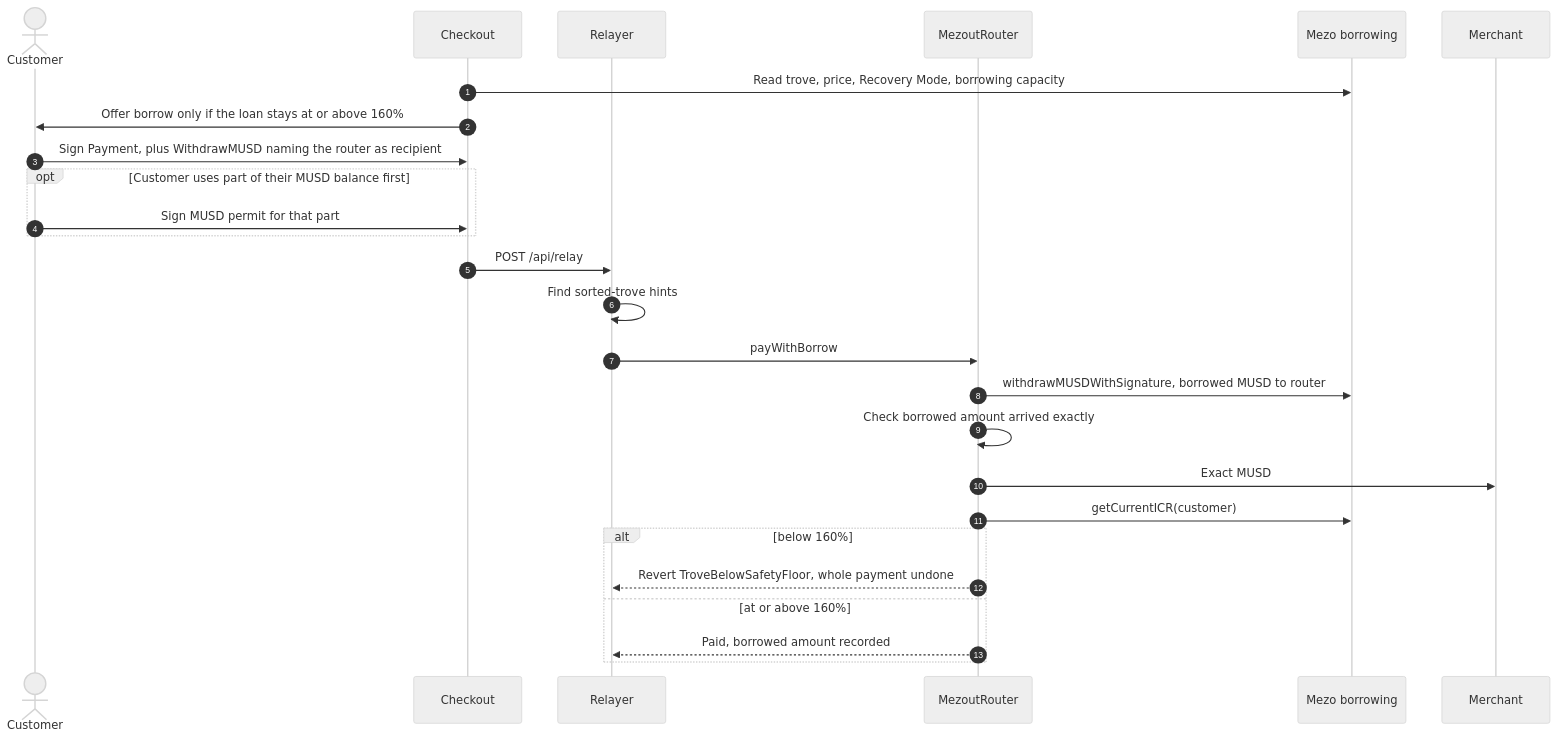
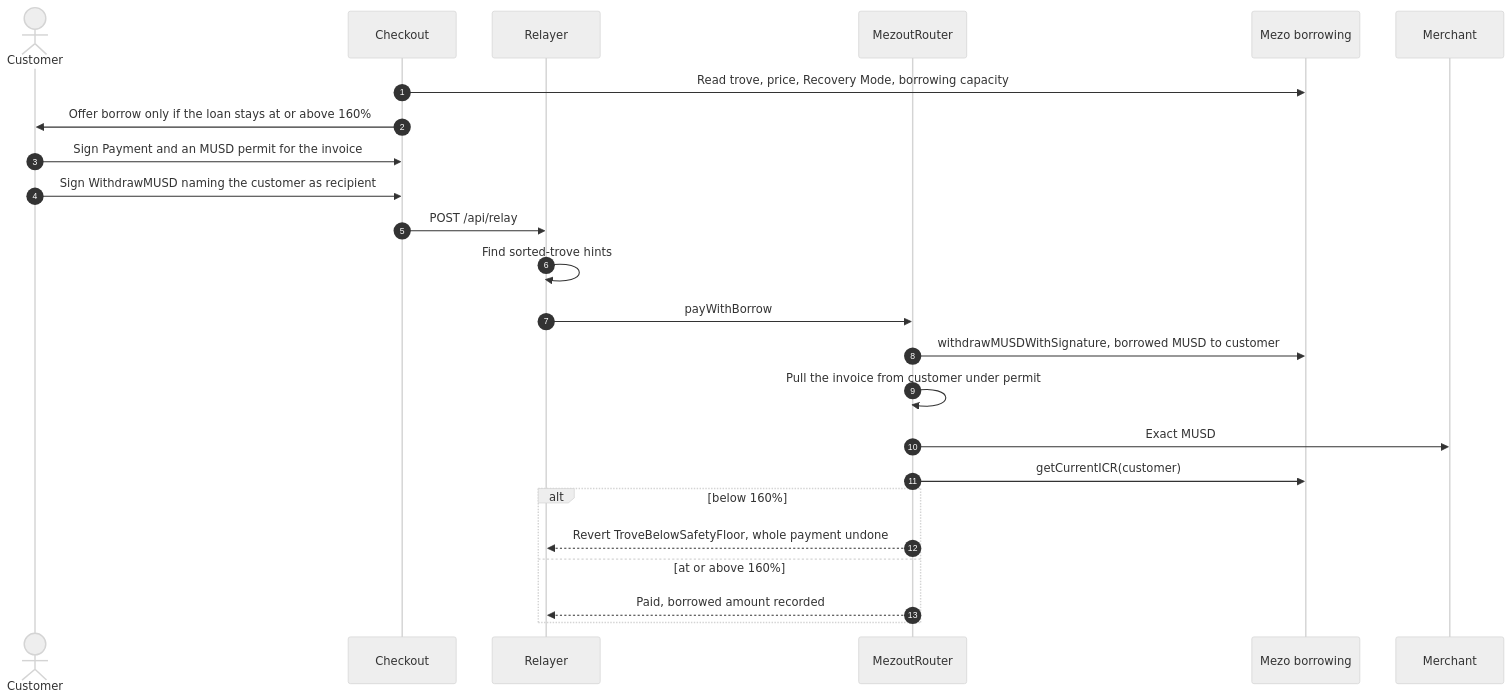
One commit to Evangel90/Mezout changed the fifth of 8 diagrams in README.md. Above: the diagram before and after it, drawn with Mermaid (neutral theme). The commit also changed 7 other files, not shown here.

````diff
--- a/README.md
+++ b/README.md
@@ -261,29 +261,27 @@
 ```mermaid
 sequenceDiagram
     autonumber
     actor C as Customer
     participant K as Checkout
     participant R as Relayer
     participant M as MezoutRouter
     participant B as Mezo borrowing
     participant W as Merchant
 
     K->>B: Read trove, price, Recovery Mode, borrowing capacity
     K->>C: Offer borrow only if the loan stays at or above 160%
-    C->>K: Sign Payment, plus WithdrawMUSD naming the router as recipient
-    opt Customer uses part of their MUSD balance first
-        C->>K: Sign MUSD permit for that part
-    end
+    C->>K: Sign Payment and an MUSD permit for the invoice
+    C->>K: Sign WithdrawMUSD naming the customer as recipient
     K->>R: POST /api/relay
     R->>R: Find sorted-trove hints
     R->>M: payWithBorrow
-    M->>B: withdrawMUSDWithSignature, borrowed MUSD to router
-    M->>M: Check borrowed amount arrived exactly
+    M->>B: withdrawMUSDWithSignature, borrowed MUSD to customer
+    M->>M: Pull the invoice from customer under permit
     M->>W: Exact MUSD
     M->>B: getCurrentICR(customer)
     alt below 160%
         M-->>R: Revert TroveBelowSafetyFloor, whole payment undone
     else at or above 160%
         M-->>R: Paid, borrowed amount recorded
     end
 ```
````
